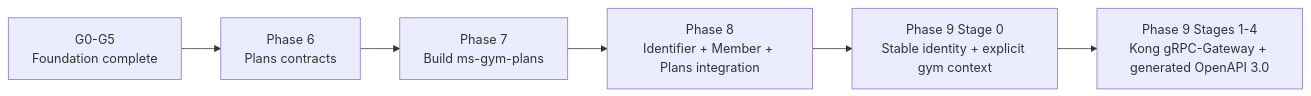
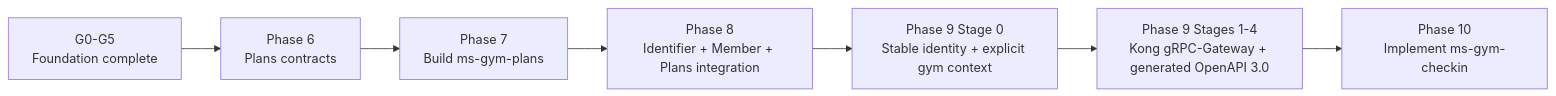
Before and after one commit to pploc/gym-architect: the first of 2 diagrams in PLAN.md, drawn with Mermaid. The commit also changed other lines of this file and 10 other files, not shown here.

````diff
--- a/PLAN.md
+++ b/PLAN.md
@@ -33,8 +33,9 @@
 ```mermaid
 flowchart LR
     F[G0-G5<br/>Foundation complete] --> C[Phase 6<br/>Plans contracts]
     C --> P[Phase 7<br/>Build ms-gym-plans]
     P --> I[Phase 8<br/>Identifier + Member + Plans integration]
     I --> S[Phase 9 Stage 0<br/>Stable identity + explicit gym context]
     S --> G[Phase 9 Stages 1-4<br/>Kong gRPC-Gateway + generated OpenAPI 3.0]
+    G --> K[Phase 10<br/>Implement ms-gym-checkin]
 ```
````
